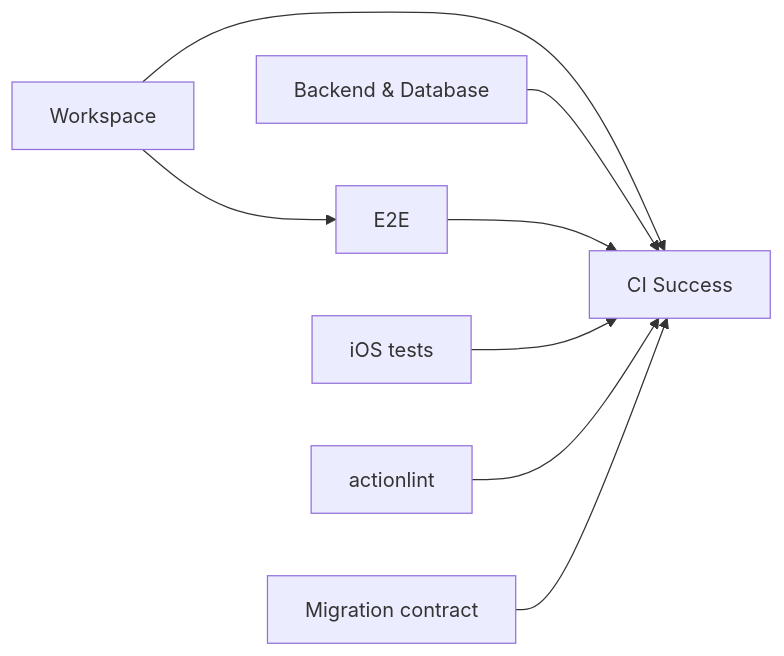
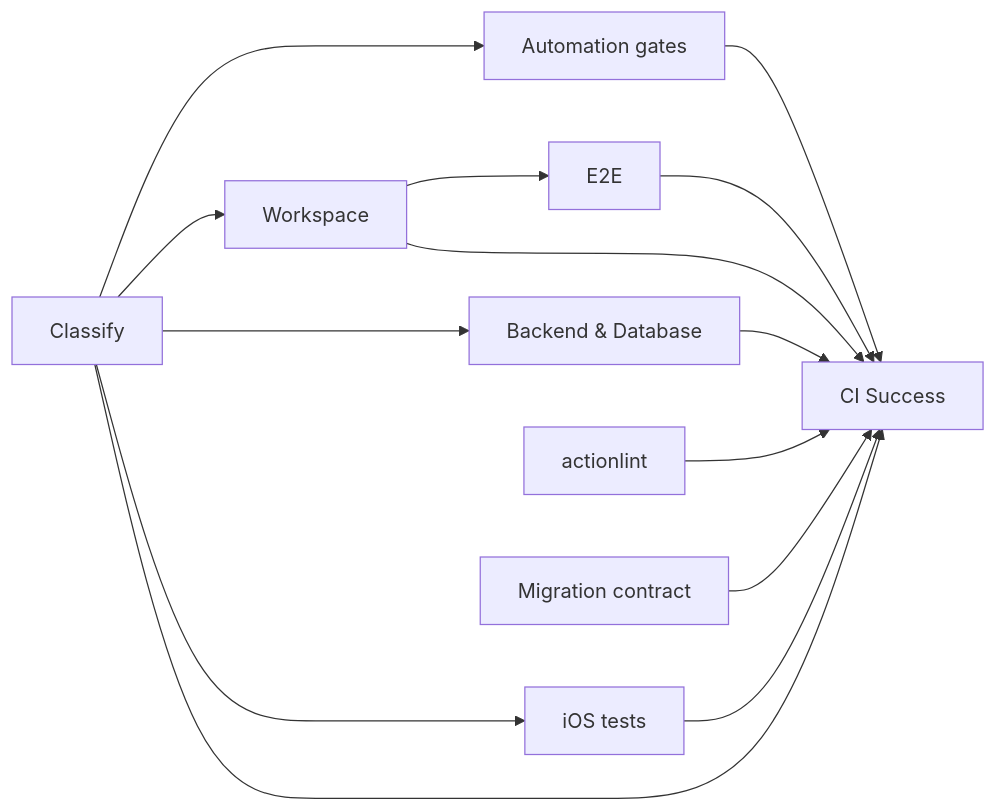
Before and after one commit to neogenz/pulpe: the first of 2 diagrams in docs/CI.md, drawn with Mermaid. The commit also changed other lines of this file and 6 other files, not shown here.

````diff
--- a/docs/CI.md
+++ b/docs/CI.md
@@ -16,10 +16,16 @@
 ```mermaid
 flowchart LR
-    Workspace[Workspace] --> E2E[E2E]
-    Workspace --> Success[CI Success]
-    BackendDB[Backend & Database] --> Success
+    Classify[Classify] --> Automation[Automation gates]
+    Classify --> Workspace[Workspace]
+    Classify --> BackendDB[Backend & Database]
+    Classify --> IOS[iOS tests]
+    Workspace --> E2E[E2E]
+    Classify --> Success[CI Success]
+    Automation --> Success
+    Workspace --> Success
+    BackendDB --> Success
     E2E --> Success
-    IOS[iOS tests] --> Success
+    IOS --> Success
     Actionlint[actionlint] --> Success
     Migration[Migration contract] --> Success
 ```
````
